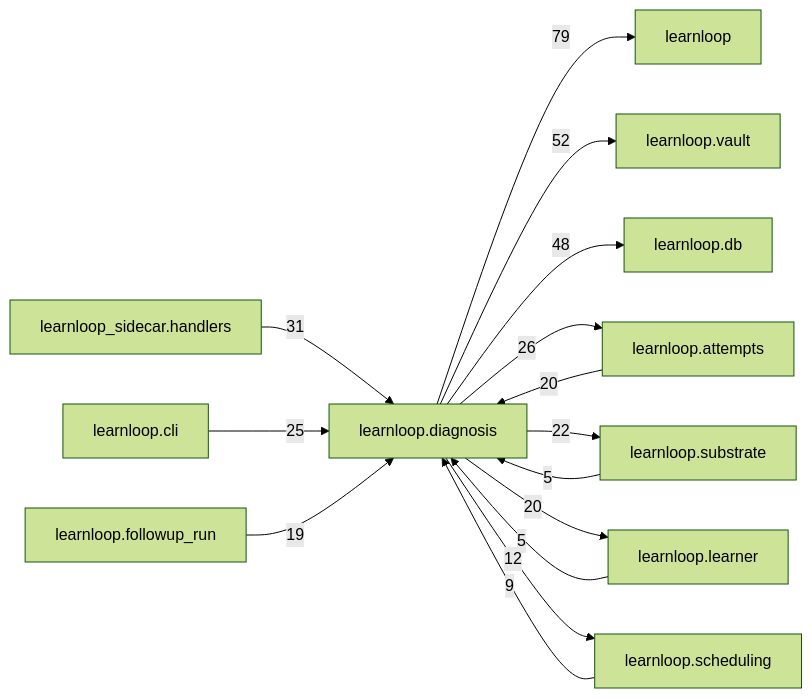
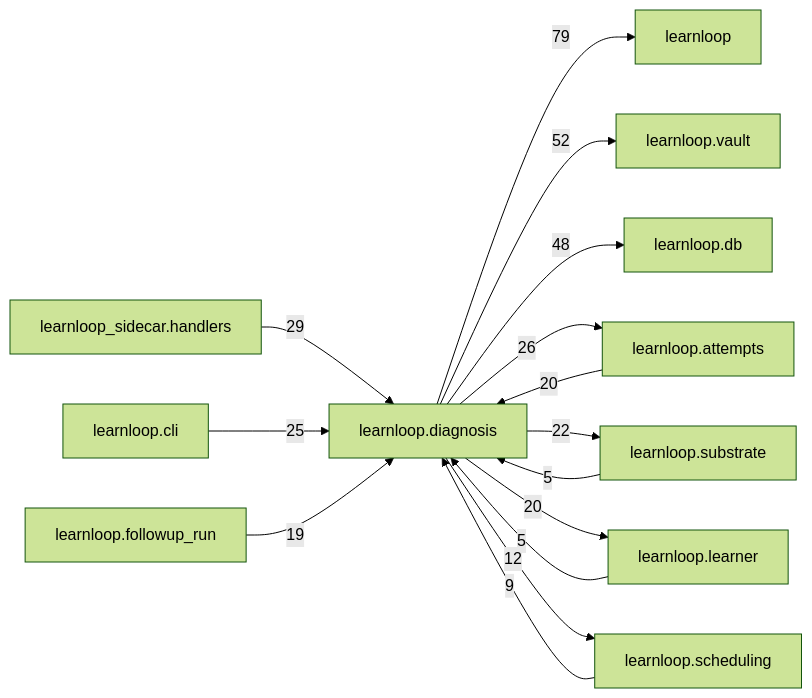
The diagram in docs/learnloop-architecture-vault/Reference/Modules/learnloop/diagnosis/_package.md (6up-b/learnanything), drawn with Mermaid (forest theme) before and after one commit. The commit also changed other lines of this file and 154 other files, not shown here.

````diff
--- a/docs/learnloop-architecture-vault/Reference/Modules/learnloop/diagnosis/_package.md
+++ b/docs/learnloop-architecture-vault/Reference/Modules/learnloop/diagnosis/_package.md
@@ -235,28 +235,28 @@
 ```mermaid
 flowchart LR
     center["learnloop.diagnosis"]
     n_learnloop["learnloop"]
     n_learnloop_vault["learnloop.vault"]
     n_learnloop_db["learnloop.db"]
     n_learnloop_attempts["learnloop.attempts"]
     n_learnloop_sidecar_handlers["learnloop_sidecar.handlers"]
     n_learnloop_substrate["learnloop.substrate"]
     n_learnloop_cli["learnloop.cli"]
     n_learnloop_learner["learnloop.learner"]
     n_learnloop_scheduling["learnloop.scheduling"]
     n_learnloop_followup_run["learnloop.followup_run"]
     center -->|79| n_learnloop
     center -->|52| n_learnloop_vault
     center -->|48| n_learnloop_db
     n_learnloop_attempts -->|20| center
     center -->|26| n_learnloop_attempts
-    n_learnloop_sidecar_handlers -->|31| center
+    n_learnloop_sidecar_handlers -->|29| center
     n_learnloop_substrate -->|5| center
     center -->|22| n_learnloop_substrate
     n_learnloop_cli -->|25| center
     n_learnloop_learner -->|5| center
     center -->|20| n_learnloop_learner
     n_learnloop_scheduling -->|9| center
     center -->|12| n_learnloop_scheduling
     n_learnloop_followup_run -->|19| center
 ```
````
